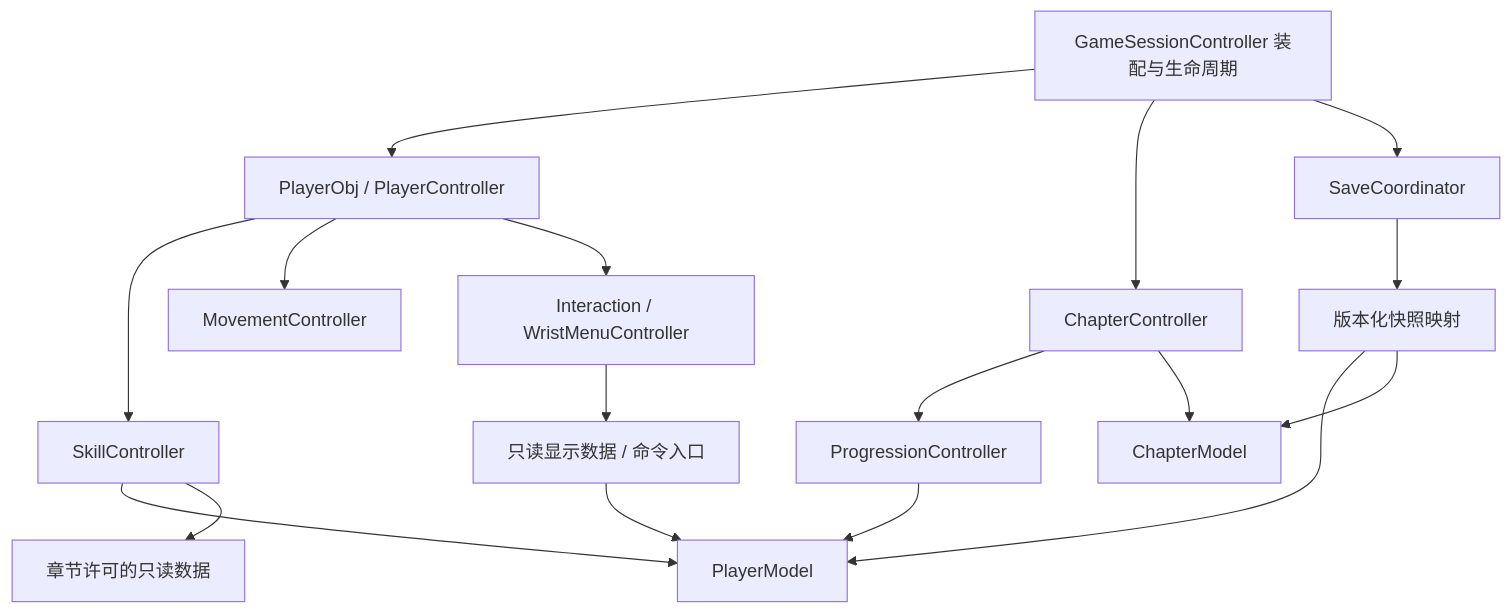
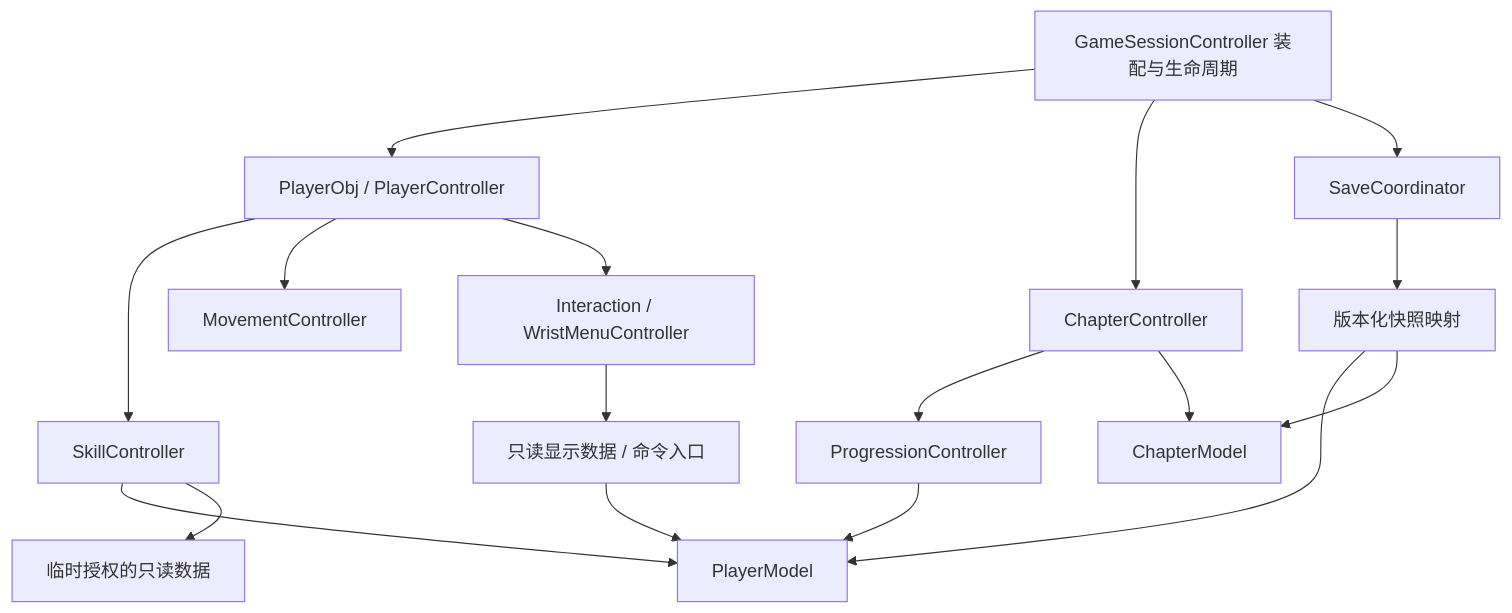
One commit to lphahapl/unity-xr-multimodal-spellcasting changed the second of 4 diagrams in docs/architecture/FULL_MODULE_MVC_REFACTOR_PROPOSAL_20261109_ZH.md. Above: the diagram before and after it, drawn with Mermaid. The commit also changed other lines of this file and 3422 other files, not shown here.

````diff
--- a/docs/architecture/FULL_MODULE_MVC_REFACTOR_PROPOSAL_20261109_ZH.md
+++ b/docs/architecture/FULL_MODULE_MVC_REFACTOR_PROPOSAL_20261109_ZH.md
@@ -220,19 +220,19 @@
 ```mermaid
 flowchart TD
     Bind[GameSessionController 装配与生命周期] --> PC[PlayerObj / PlayerController]
     Bind --> Chapter[ChapterController]
     Bind --> Save[SaveCoordinator]
     PC --> Skill[SkillController]
     PC --> Move[MovementController]
     PC --> Interaction[Interaction / WristMenuController]
     Skill --> PlayerModel[PlayerModel]
     Progression[ProgressionController] --> PlayerModel
     Chapter --> Progression
     Chapter --> ChapterModel[ChapterModel]
-    Skill --> Permission[章节许可的只读数据]
+    Skill --> Permission[临时授权的只读数据]
     Interaction --> Read[只读显示数据 / 命令入口]
     Read --> PlayerModel
     Save --> Snapshot[版本化快照映射]
     Snapshot --> PlayerModel
     Snapshot --> ChapterModel
 ```
````
